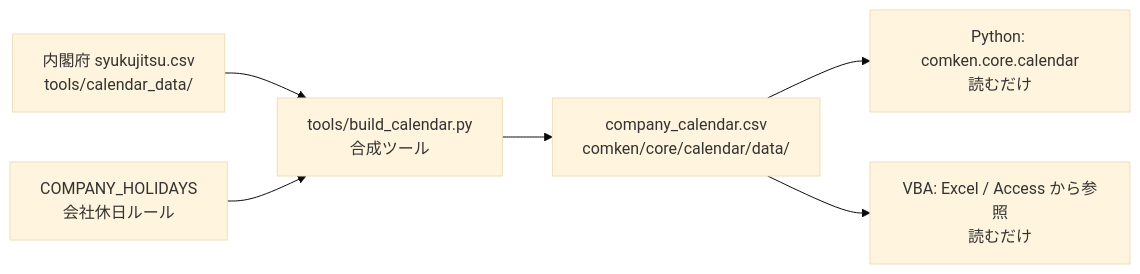
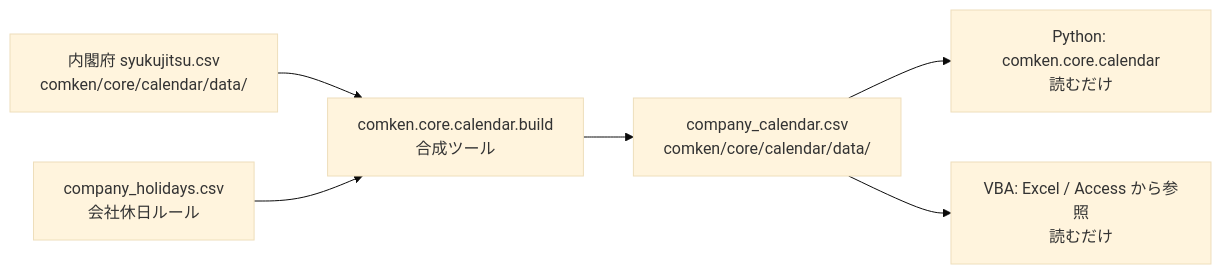
Before and after one commit to tenniscorecom/comken: the diagram in docs/calendar.md, drawn with Mermaid (base theme). The commit also changed other lines of this file and 15 other files, not shown here.

First line of the commit message:
カレンダーの元データ・会社休日ルール・生成ツールを comken/core/calendar/ へ集約した

````diff
--- a/docs/calendar.md
+++ b/docs/calendar.md
@@ -24,8 +23,8 @@
 ```mermaid
 graph LR
-    A[内閣府 syukujitsu.csv<br/>tools/calendar_data/] --> B[tools/build_calendar.py<br/>合成ツール]
-    C[COMPANY_HOLIDAYS<br/>会社休日ルール] --> B
+    A[内閣府 syukujitsu.csv<br/>comken/core/calendar/data/] --> B[comken.core.calendar.build<br/>合成ツール]
+    C[company_holidays.csv<br/>会社休日ルール] --> B
     B --> D[company_calendar.csv<br/>comken/core/calendar/data/]
     D --> E[Python: comken.core.calendar<br/>読むだけ]
     D --> F[VBA: Excel / Access から参照<br/>読むだけ]
 ```
````
